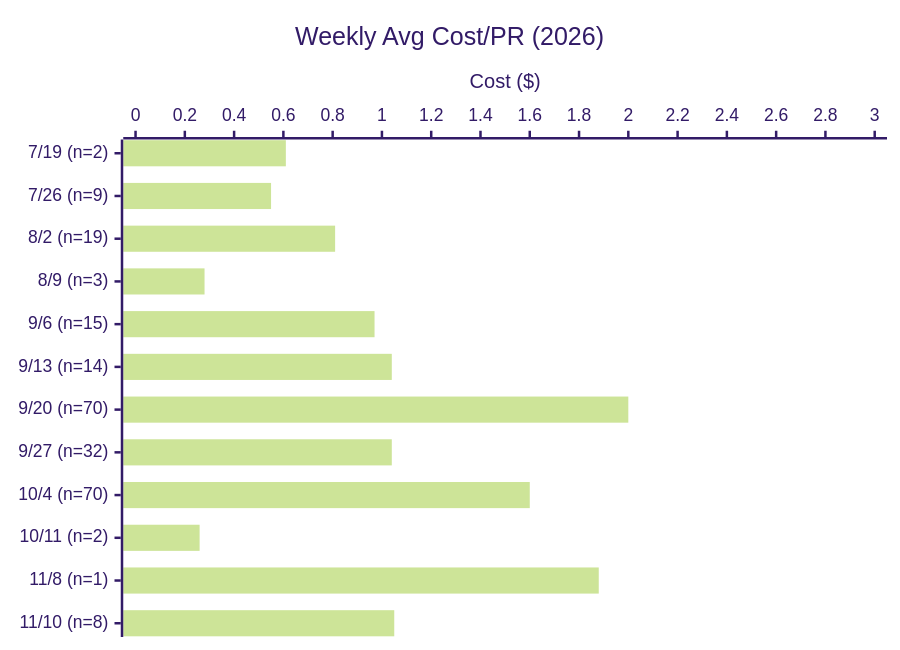
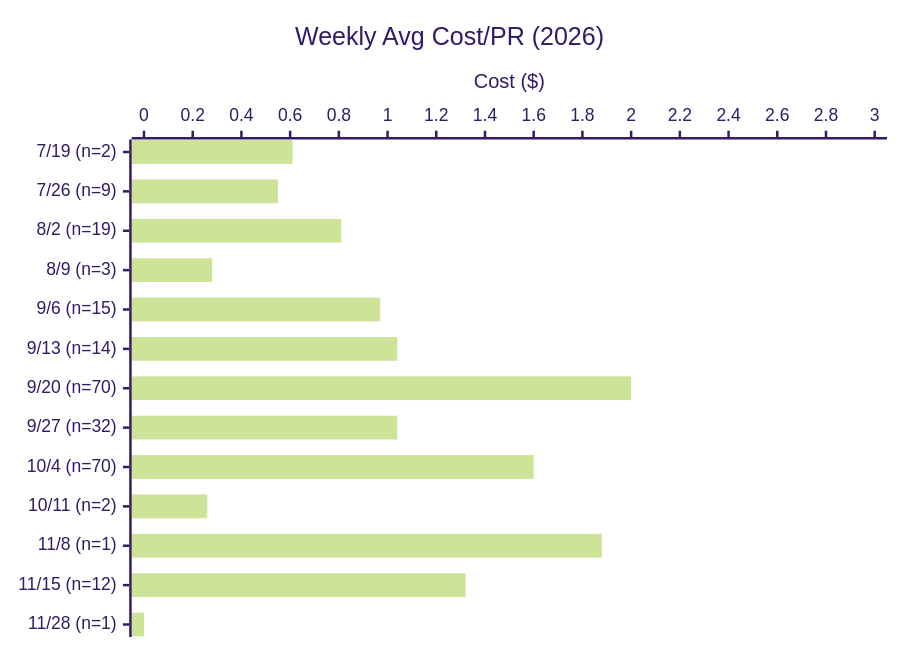
The second of 3 diagrams in EVAL.md (Sanctum-Origo-Systems/autoloop), drawn with Mermaid (forest theme) before and after one commit. The commit also changed other lines of this file and 1 other file, not shown here.

````diff
--- a/EVAL.md
+++ b/EVAL.md
@@ -27,7 +27,7 @@
 ```mermaid
 xychart-beta horizontal
     title "Weekly Avg Cost/PR (2026)"
-    x-axis ["7/19 (n=2)", "7/26 (n=9)", "8/2 (n=19)", "8/9 (n=3)", "9/6 (n=15)", "9/13 (n=14)", "9/20 (n=70)", "9/27 (n=32)", "10/4 (n=70)", "10/11 (n=2)", "11/8 (n=1)", "11/10 (n=8)"]
+    x-axis ["7/19 (n=2)", "7/26 (n=9)", "8/2 (n=19)", "8/9 (n=3)", "9/6 (n=15)", "9/13 (n=14)", "9/20 (n=70)", "9/27 (n=32)", "10/4 (n=70)", "10/11 (n=2)", "11/8 (n=1)", "11/15 (n=12)", "11/28 (n=1)"]
     y-axis "Cost ($)" 0 --> 3
-    bar [0.61, 0.55, 0.81, 0.28, 0.97, 1.04, 2.00, 1.04, 1.60, 0.26, 1.88, 1.05]
+    bar [0.61, 0.55, 0.81, 0.28, 0.97, 1.04, 2.00, 1.04, 1.60, 0.26, 1.88, 1.32, 0.00]
 ```
````
